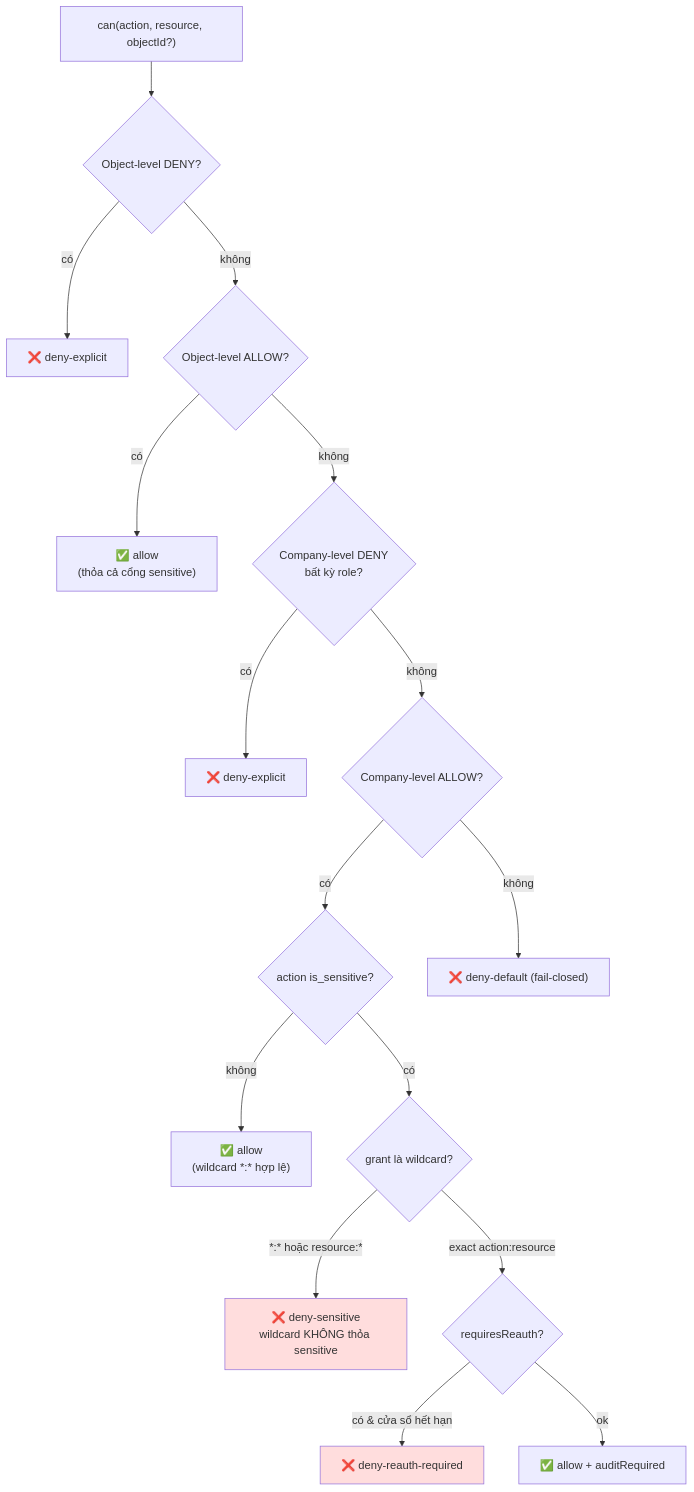
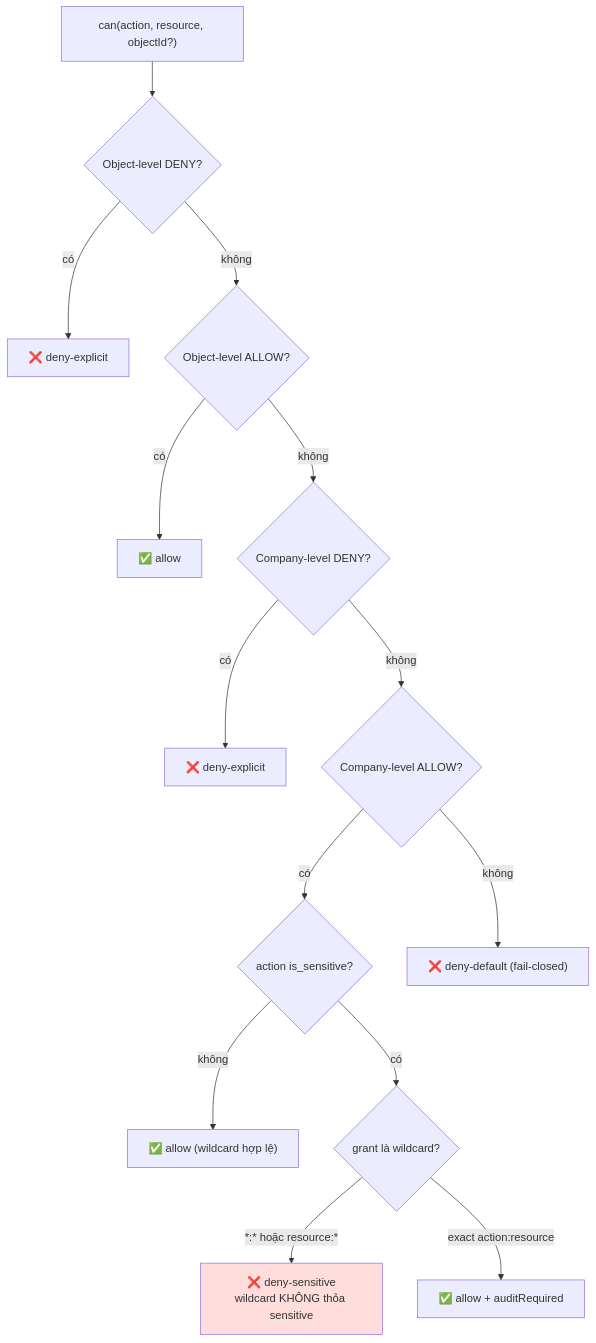
Before and after one commit to nguyencanhqk/mediaos: the sixth of 7 diagrams in docs/SYSTEM-DESIGN.md, drawn with Mermaid. The commit also changed other lines of this file and 194 other files, not shown here.

````diff
--- a/docs/SYSTEM-DESIGN.md
+++ b/docs/SYSTEM-DESIGN.md
@@ -339,21 +244,17 @@
 ```mermaid
 flowchart TD
     START["can(action, resource, objectId?)"] --> P1{Object-level DENY?}
     P1 -->|có| DENY1["❌ deny-explicit"]
     P1 -->|không| P2{Object-level ALLOW?}
-    P2 -->|có| ALLOW1["✅ allow<br/>(thỏa cả cổng sensitive)"]
-    P2 -->|không| P3{Company-level DENY<br/>bất kỳ role?}
+    P2 -->|có| ALLOW1["✅ allow"]
+    P2 -->|không| P3{Company-level DENY?}
     P3 -->|có| DENY2["❌ deny-explicit"]
     P3 -->|không| P4{Company-level ALLOW?}
     P4 -->|có| SENS{action is_sensitive?}
     P4 -->|không| DENY3["❌ deny-default (fail-closed)"]
-    SENS -->|không| ALLOW2["✅ allow<br/>(wildcard *:* hợp lệ)"]
+    SENS -->|không| ALLOW2["✅ allow (wildcard hợp lệ)"]
     SENS -->|có| WILD{grant là wildcard?}
     WILD -->|"*:* hoặc resource:*"| DENY4["❌ deny-sensitive<br/>wildcard KHÔNG thỏa sensitive"]
-    WILD -->|"exact action:resource"| REAUTH{requiresReauth?}
-    REAUTH -->|có & cửa sổ hết hạn| DENY5["❌ deny-reauth-required"]
-    REAUTH -->|ok| ALLOW3["✅ allow + auditRequired"]
-
+    WILD -->|"exact action:resource"| ALLOW3["✅ allow + auditRequired"]
     style DENY4 fill:#fdd
-    style DENY5 fill:#fdd
 ```
````
